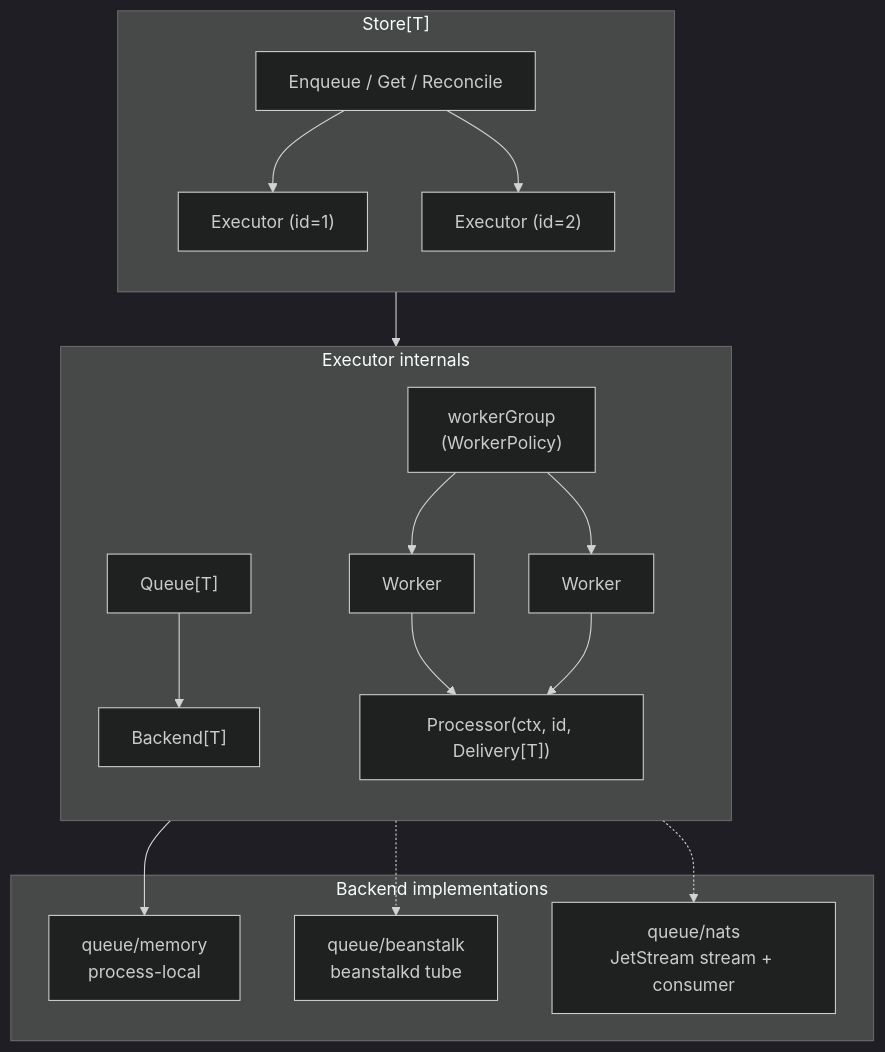
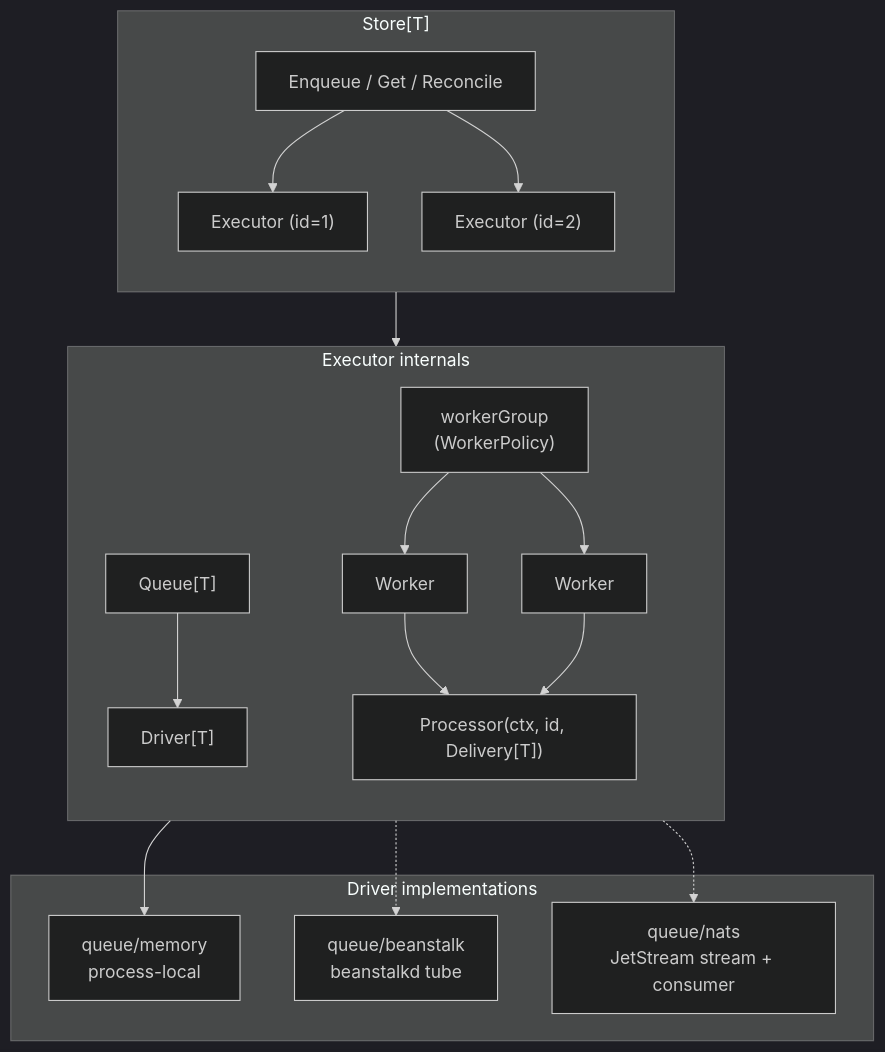
The third of 6 diagrams in docs/architecture.md (Neur0toxine/mg-transport-core), drawn with Mermaid (dark theme) before and after one commit. The commit also changed other lines of this file and 36 other files, not shown here.

Commit message:
chore: rename Backend to Driver

````diff
--- a/docs/architecture.md
+++ b/docs/architecture.md
@@ -115,31 +115,31 @@
 ```mermaid
 flowchart TB
     subgraph store["Store[T]"]
         direction TB
         GET["Enqueue / Get / Reconcile"]
         EX1["Executor (id=1)"]
         EX2["Executor (id=2)"]
     end
 
     subgraph executor1["Executor internals"]
         direction TB
-        Q1["Queue[T]"] --> B1["Backend[T]"]
+        Q1["Queue[T]"] --> B1["Driver[T]"]
         WG["workerGroup<br/>(WorkerPolicy)"] --> W1["Worker"]
         WG --> W2["Worker"]
         W1 --> P["Processor(ctx, id, Delivery[T])"]
         W2 --> P
     end
 
-    subgraph backends["Backend implementations"]
+    subgraph drivers["Driver implementations"]
         MEM["queue/memory<br/>process-local"]
         BS2["queue/beanstalk<br/>beanstalkd tube"]
         NB["queue/nats<br/>JetStream stream + consumer"]
     end
 
     GET --> EX1
     GET --> EX2
     EX1 --> Q1
     B1 --> MEM
     B1 -.-> BS2
     B1 -.-> NB
 ```
````
